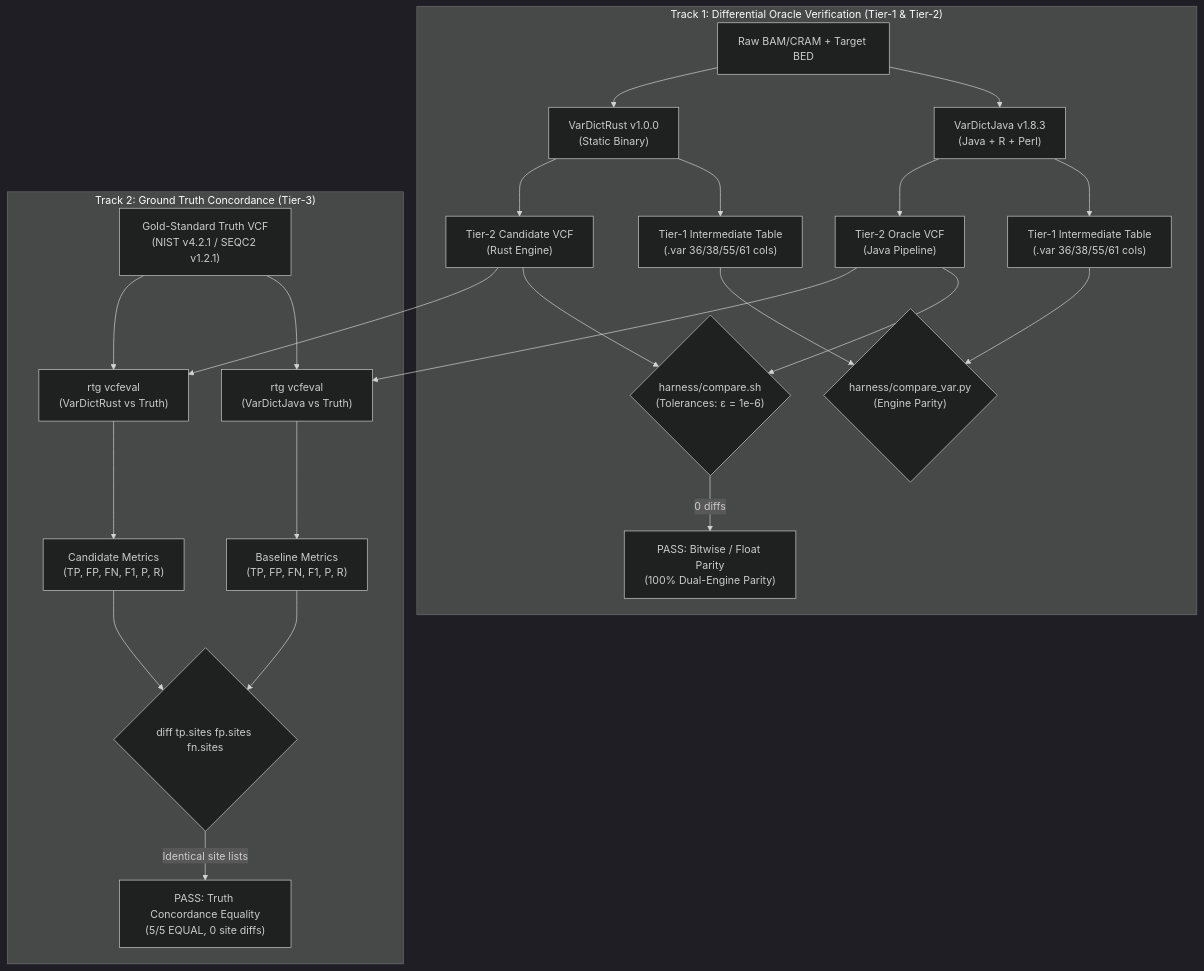
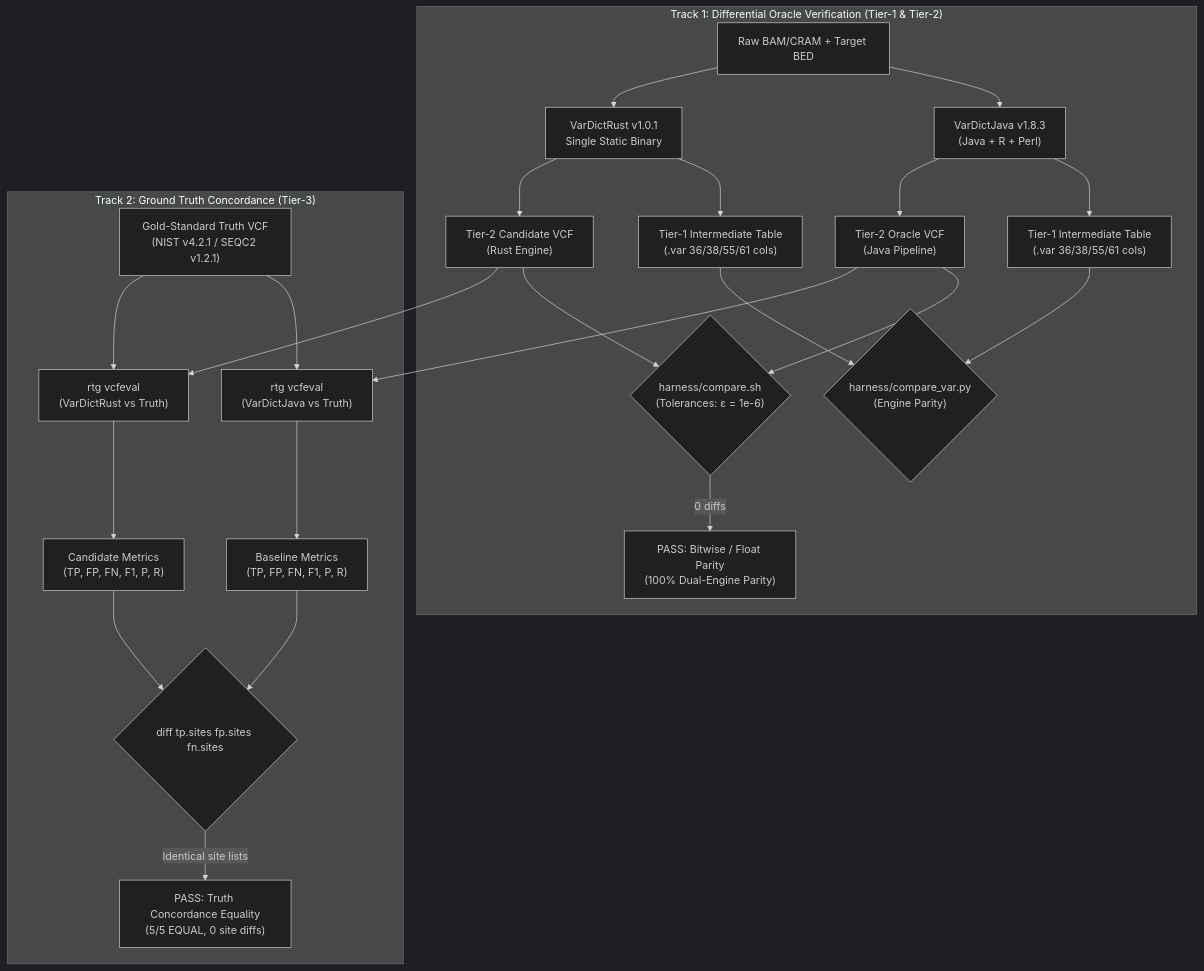
Before and after one commit to palakpsheth/VarDictRust: the diagram in docs/validation/omnibus-empirical-validation.md, drawn with Mermaid (dark theme). The commit also changed other lines of this file and 58 other files, not shown here.

````diff
--- a/docs/validation/omnibus-empirical-validation.md
+++ b/docs/validation/omnibus-empirical-validation.md
@@ -61,27 +61,27 @@
 ```mermaid
 flowchart TD
     subgraph Track1 ["Track 1: Differential Oracle Verification (Tier-1 & Tier-2)"]
         D1["Raw BAM/CRAM + Target BED"] --> VDJ["VarDictJava v1.8.3\n(Java + R + Perl)"]
-        D1 --> VDR["VarDictRust v1.0.0\n(Static Binary)"]
+        D1 --> VDR["VarDictRust v1.0.1<br/>Single Static Binary"]
         VDJ --> VAR_J["Tier-1 Intermediate Table\n(.var 36/38/55/61 cols)"]
         VDR --> VAR_R["Tier-1 Intermediate Table\n(.var 36/38/55/61 cols)"]
         VAR_J & VAR_R --> CMP_VAR{"harness/compare_var.py\n(Engine Parity)"}
         VDJ --> VCF_J["Tier-2 Oracle VCF\n(Java Pipeline)"]
         VDR --> VCF_R["Tier-2 Candidate VCF\n(Rust Engine)"]
         VCF_J --> CMP{"harness/compare.sh\n(Tolerances: ε = 1e-6)"}
         VCF_R --> CMP
         CMP -->|0 diffs| MATCH["PASS: Bitwise / Float Parity\n(100% Dual-Engine Parity)"]
     end
 
     subgraph Track2 ["Track 2: Ground Truth Concordance (Tier-3)"]
         VCF_J --> RTG1["rtg vcfeval\n(VarDictJava vs Truth)"]
         VCF_R --> RTG2["rtg vcfeval\n(VarDictRust vs Truth)"]
         TRUTH["Gold-Standard Truth VCF\n(NIST v4.2.1 / SEQC2 v1.2.1)"] --> RTG1
         TRUTH --> RTG2
         RTG1 --> MET_J["Baseline Metrics\n(TP, FP, FN, F1, P, R)"]
         RTG2 --> MET_R["Candidate Metrics\n(TP, FP, FN, F1, P, R)"]
         MET_J --> DIFF{"diff tp.sites fp.sites fn.sites"}
         MET_R --> DIFF
         DIFF -->|Identical site lists| EQUAL["PASS: Truth Concordance Equality\n(5/5 EQUAL, 0 site diffs)"]
     end
 ```
````
